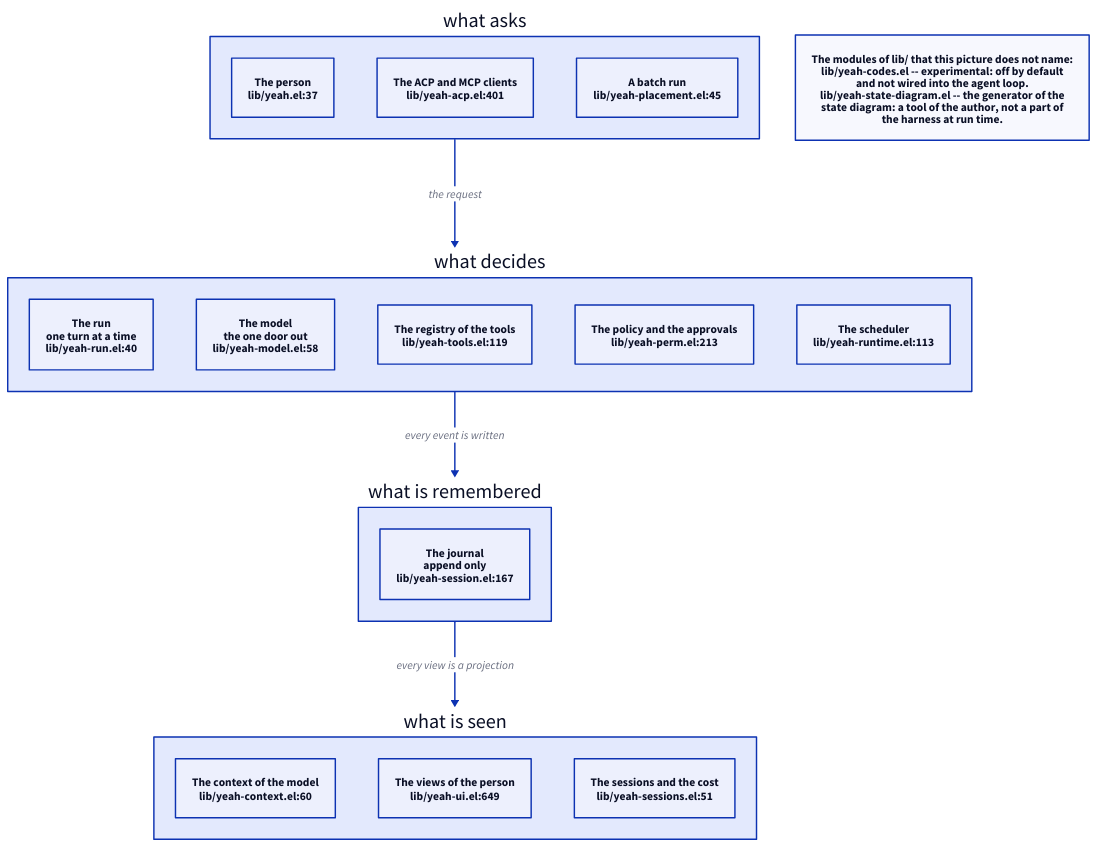
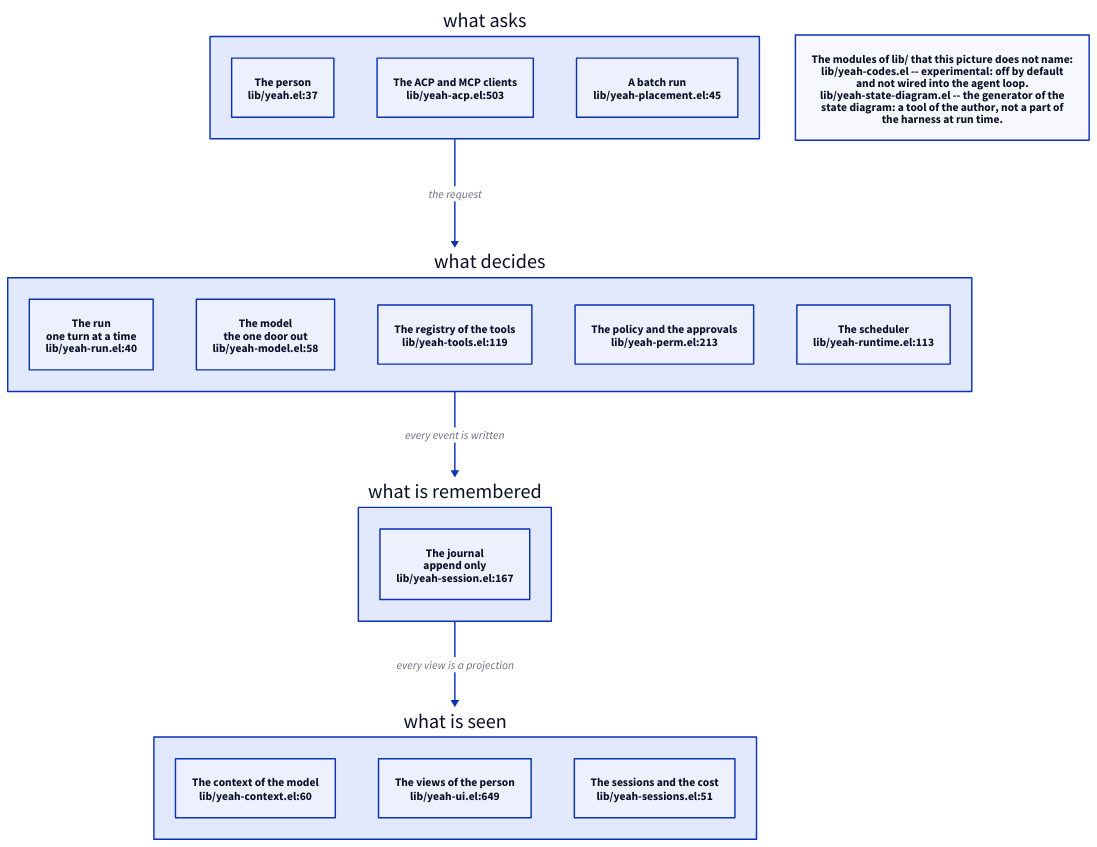
The diagram in site/diagrams/core-layers.d2 (11111000000/yeah), drawn with D2 before and after one commit. The commit also changed 26 other files, not shown here.

```diff
--- a/site/diagrams/core-layers.d2
+++ b/site/diagrams/core-layers.d2
@@ -1,51 +1,51 @@
 # The layers of the core of Yeah: what asks, what decides, what is
 # remembered and what is seen.
 #
 # The same picture as the component architecture of `docs/ARCHITECTURE.md'
 # section 5, in the notation of bands: the driver submits to the run
 # controller, the controller drives the model adapter, the tool registry and
 # the policy, the scheduler runs what may run, everything that happened is
 # written into one journal, and the projections read the journal.
 #
 # Every block names the file that implements it, as `file:line'.  The
 # modules of `lib/' that this picture does not name are listed in the note
 # at the end of this file, with the reason why they are not there.
 
 ask: "what asks" {
   human: "The person\nlib/yeah.el:37"
-  clients: "The ACP and MCP clients\nlib/yeah-acp.el:401"
+  clients: "The ACP and MCP clients\nlib/yeah-acp.el:503"
   batch: "A batch run\nlib/yeah-placement.el:45"
 }
 
 decide: "what decides" {
   run: "The run\none turn at a time\nlib/yeah-run.el:40"
   model: "The model\nthe one door out\nlib/yeah-model.el:58"
   registry: "The registry of the tools\nlib/yeah-tools.el:119"
   policy: "The policy and the approvals\nlib/yeah-perm.el:213"
   scheduler: "The scheduler\nlib/yeah-runtime.el:113"
 }
 
 memory: "what is remembered" {
   journal: "The journal\nappend only\nlib/yeah-session.el:167"
 }
 
 seen: "what is seen" {
   context: "The context of the model\nlib/yeah-context.el:60"
   views: "The views of the person\nlib/yeah-ui.el:649"
   cost: "The sessions and the cost\nlib/yeah-sessions.el:51"
 }
 
 ask -> decide: {
   class: flow
   label: "the request"
 }
 decide -> memory: {
   class: flow
   label: "every event is written"
 }
 memory -> seen: {
   class: flow
   label: "every view is a projection"
 }
 
 note: "The modules of lib/ that this picture does not name:\nlib/yeah-codes.el -- experimental: off by default\nand not wired into the agent loop.\nlib/yeah-state-diagram.el -- the generator of the\nstate diagram: a tool of the author, not a part of\nthe harness at run time."
```
